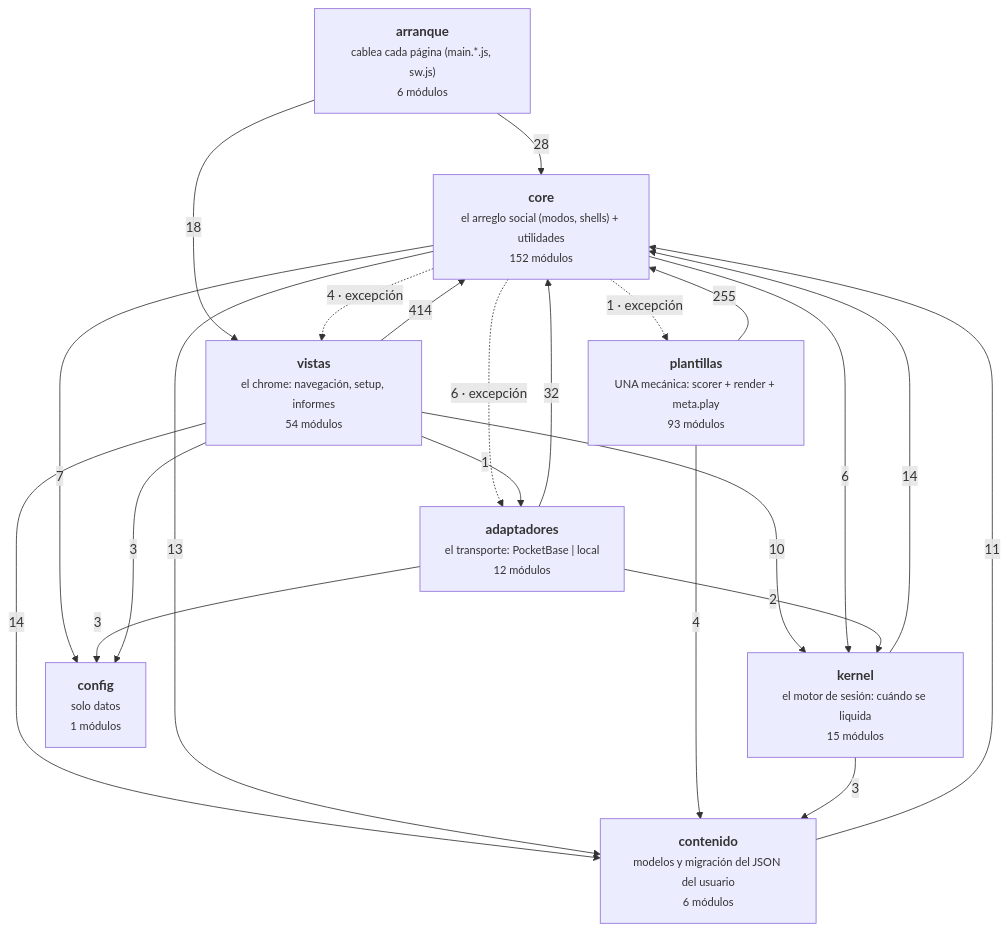
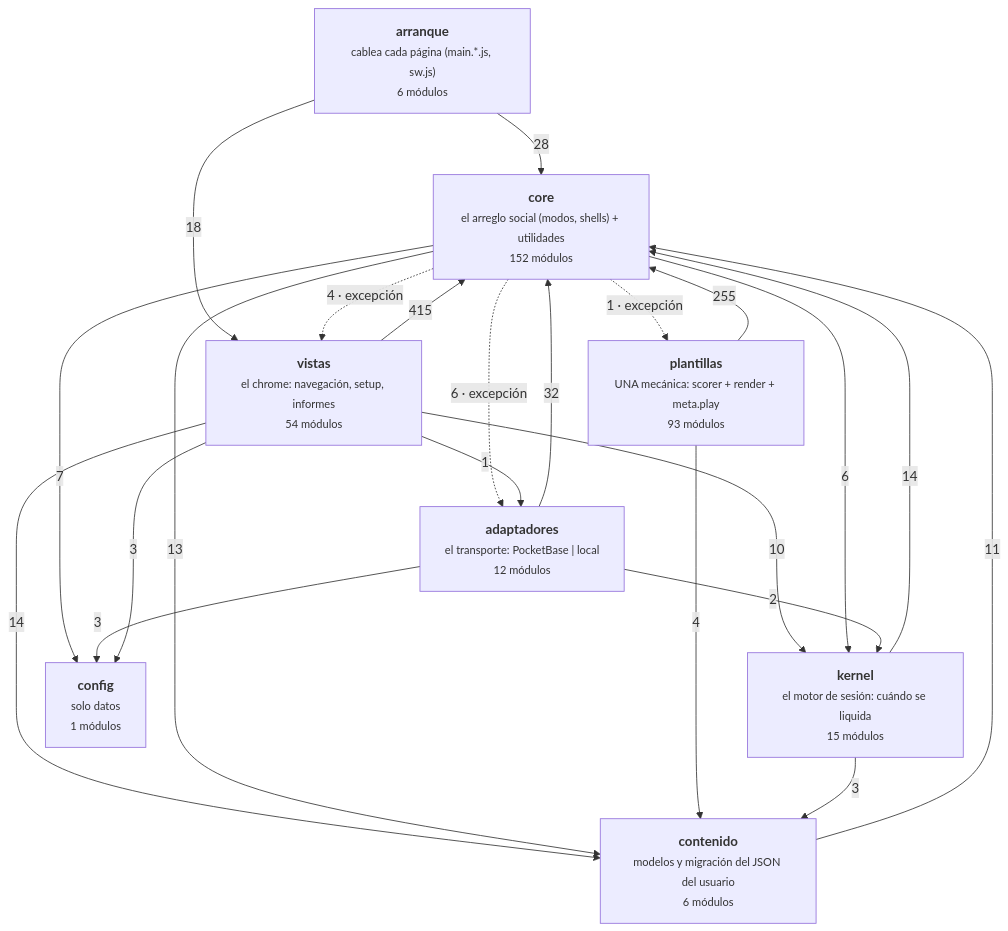
Before and after one commit to duecaz/ac: the diagram in docs/arquitectura-modulos.md, drawn with Mermaid. The commit also changed other lines of this file and 68 other files, not shown here.

````diff
--- a/docs/arquitectura-modulos.md
+++ b/docs/arquitectura-modulos.md
@@ -56,32 +56,32 @@
 ```mermaid
 graph TD
   A["<b>arranque</b><br/><small>cablea cada página (main.*.js, sw.js)</small><br/><small>6 módulos</small>"]
   V["<b>vistas</b><br/><small>el chrome: navegación, setup, informes</small><br/><small>54 módulos</small>"]
   AD["<b>adaptadores</b><br/><small>el transporte: PocketBase | local</small><br/><small>12 módulos</small>"]
   C["<b>core</b><br/><small>el arreglo social (modos, shells) + utilidades</small><br/><small>152 módulos</small>"]
   K["<b>kernel</b><br/><small>el motor de sesión: cuándo se liquida</small><br/><small>15 módulos</small>"]
   T["<b>plantillas</b><br/><small>UNA mecánica: scorer + render + meta.play</small><br/><small>93 módulos</small>"]
   CO["<b>contenido</b><br/><small>modelos y migración del JSON del usuario</small><br/><small>6 módulos</small>"]
   CF["<b>config</b><br/><small>solo datos</small><br/><small>1 módulos</small>"]
-  V -->|414| C
+  V -->|415| C
   T -->|255| C
   AD -->|32| C
   A -->|28| C
   A -->|18| V
   K -->|14| C
   V -->|14| CO
   C -->|13| CO
   CO -->|11| C
   V -->|10| K
   C -->|7| CF
   C -->|6| K
   C -.->|6 · excepción| AD
   C -.->|4 · excepción| V
   T -->|4| CO
   AD -->|3| CF
   K -->|3| CO
   V -->|3| CF
   AD -->|2| K
   C -.->|1 · excepción| T
   V -->|1| AD
 ```
````
